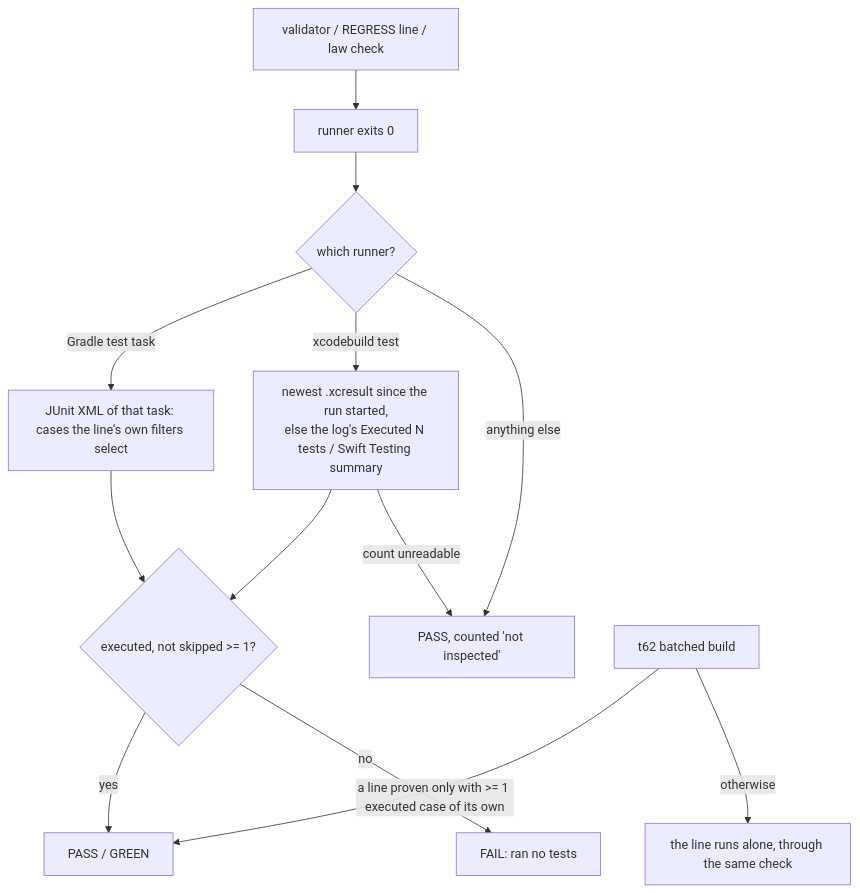
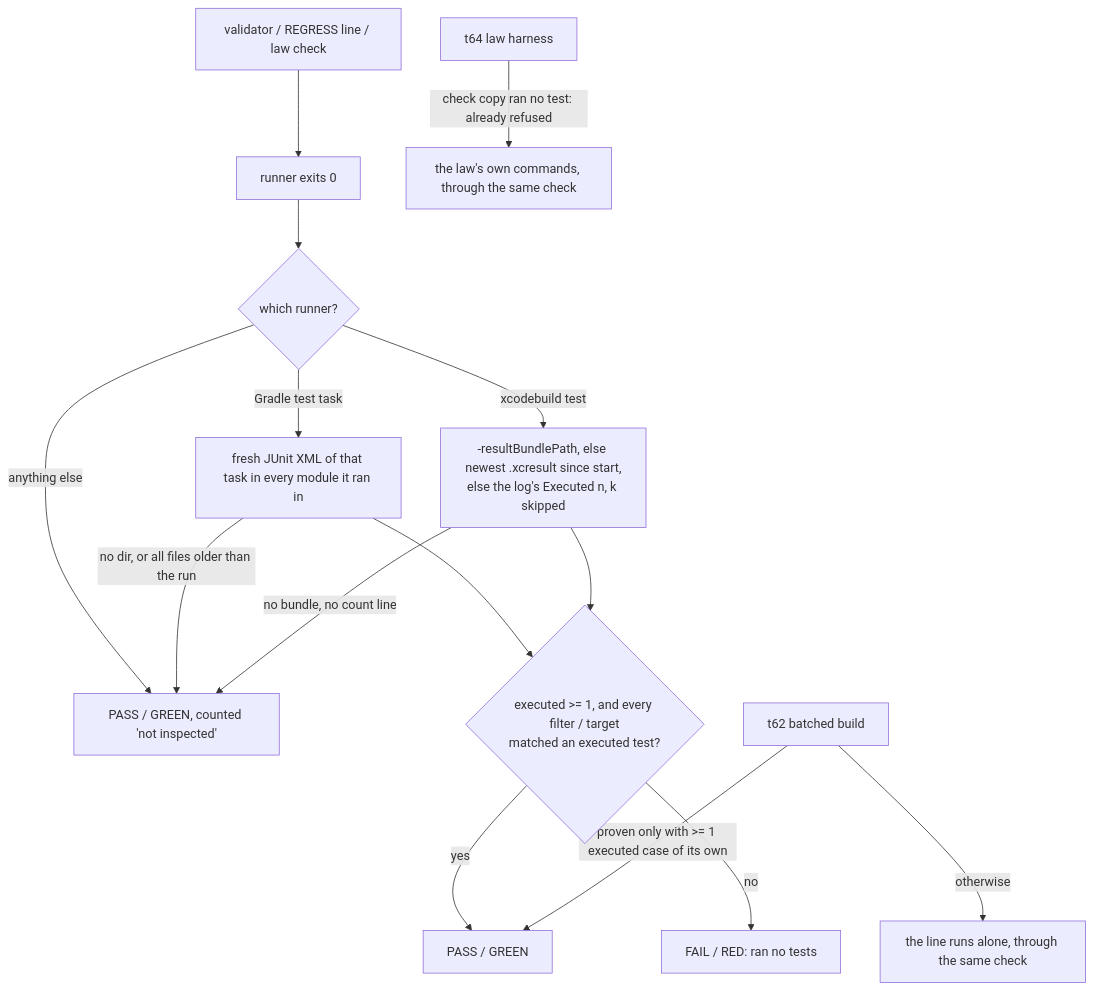
The second of 2 diagrams in docs/cascade/05b-t79-zero-test-guard.md (kadaluarsa/barbaric-driven-development), drawn with Mermaid before and after one commit. The commit also changed other lines of this file and 1 other file, not shown here.

Commit message:
GENERATE 05b t79-zero-test-guard: answer the critic (C1–C10 fixed), spec v2 — per-filter matching (wide), fresh XML only, explicit result bundles, law wiring before the twin

````diff
--- a/docs/cascade/05b-t79-zero-test-guard.md
+++ b/docs/cascade/05b-t79-zero-test-guard.md
@@ -50,15 +51,17 @@
 ```mermaid
 flowchart TD
   V[validator / REGRESS line / law check] --> R[runner exits 0]
   R --> K{which runner?}
-  K -->|Gradle test task| G[JUnit XML of that task: cases the line's own filters select]
-  K -->|xcodebuild test| X[newest .xcresult since the run started,<br/>else the log's Executed N tests / Swift Testing summary]
-  K -->|anything else| NI[PASS, counted 'not inspected']
-  G --> C{executed, not skipped >= 1?}
+  K -->|Gradle test task| G[fresh JUnit XML of that task in every module it ran in]
+  K -->|xcodebuild test| X[-resultBundlePath, else newest .xcresult since start,<br/>else the log's Executed n, k skipped]
+  K -->|anything else| NI[PASS / GREEN, counted 'not inspected']
+  G -->|no dir, or all files older than the run| NI
+  X -->|no bundle, no count line| NI
+  G --> C{executed >= 1, and every filter / target<br/>matched an executed test?}
   X --> C
   C -->|yes| P[PASS / GREEN]
-  C -->|no| F[FAIL: ran no tests]
-  X -->|count unreadable| NI
-  B[t62 batched build] -->|a line proven only with >= 1 executed case of its own| P
+  C -->|no| F[FAIL / RED: ran no tests]
+  B[t62 batched build] -->|proven only with >= 1 executed case of its own| P
   B -->|otherwise| A[the line runs alone, through the same check]
+  H[t64 law harness] -->|check copy ran no test: already refused| L[the law's own commands, through the same check]
 ```
````
